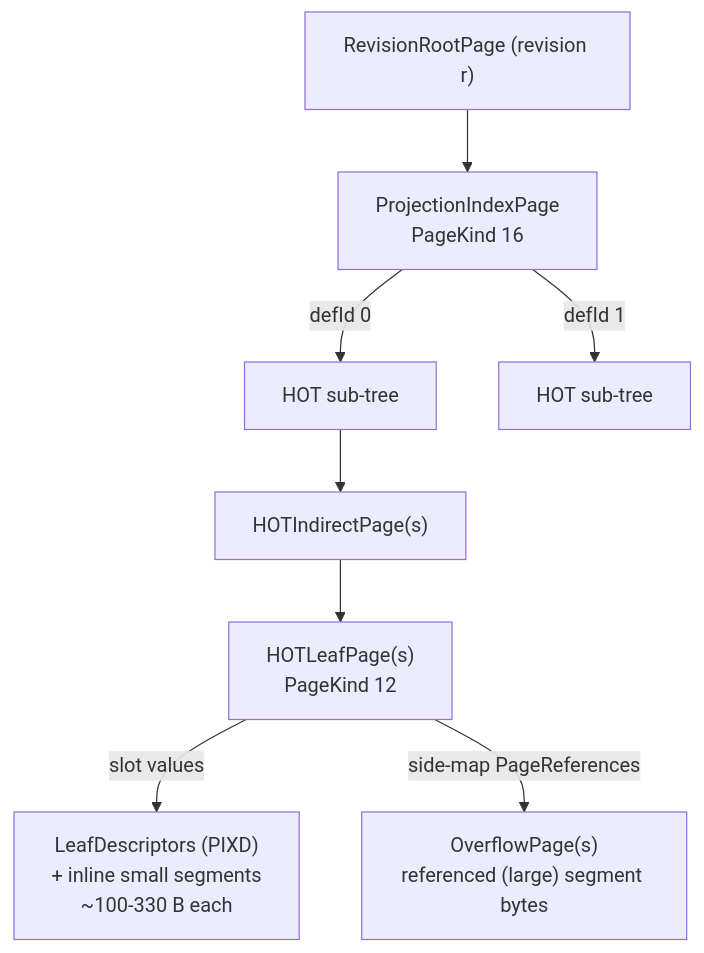
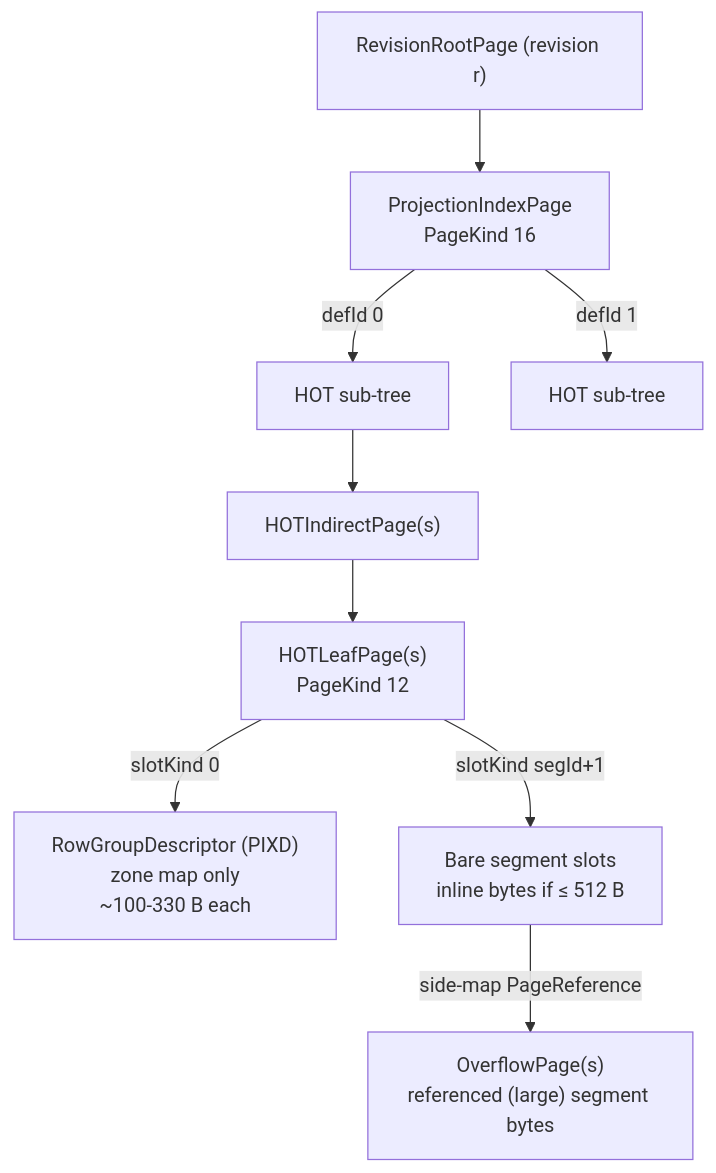
The third of 16 diagrams in docs/PROJECTION_INDEX_DEEP_DIVE.md (sirixdb/sirix), drawn with Mermaid before and after one commit. The commit also changed other lines of this file and 6 other files, not shown here.

````diff
--- a/docs/PROJECTION_INDEX_DEEP_DIVE.md
+++ b/docs/PROJECTION_INDEX_DEEP_DIVE.md
@@ -214,12 +218,13 @@
 ```mermaid
 flowchart TD
     RRP["RevisionRootPage (revision r)"]
     PIP["ProjectionIndexPage<br/>PageKind 16"]
     RRP --> PIP
     PIP -->|"defId 0"| T0["HOT sub-tree"]
     PIP -->|"defId 1"| T1["HOT sub-tree"]
     T0 --> HI["HOTIndirectPage(s)"]
     HI --> HL["HOTLeafPage(s)<br/>PageKind 12"]
-    HL -->|"slot values"| D["LeafDescriptors (PIXD)<br/>+ inline small segments<br/>~100-330 B each"]
-    HL -->|"side-map PageReferences"| SP["OverflowPage(s)<br/>referenced (large) segment bytes"]
+    HL -->|"slotKind 0"| D["RowGroupDescriptor (PIXD)<br/>zone map only<br/>~100-330 B each"]
+    HL -->|"slotKind segId+1"| SS["Bare segment slots<br/>inline bytes if ≤ 512 B"]
+    SS -->|"side-map PageReference"| SP["OverflowPage(s)<br/>referenced (large) segment bytes"]
 ```
````
